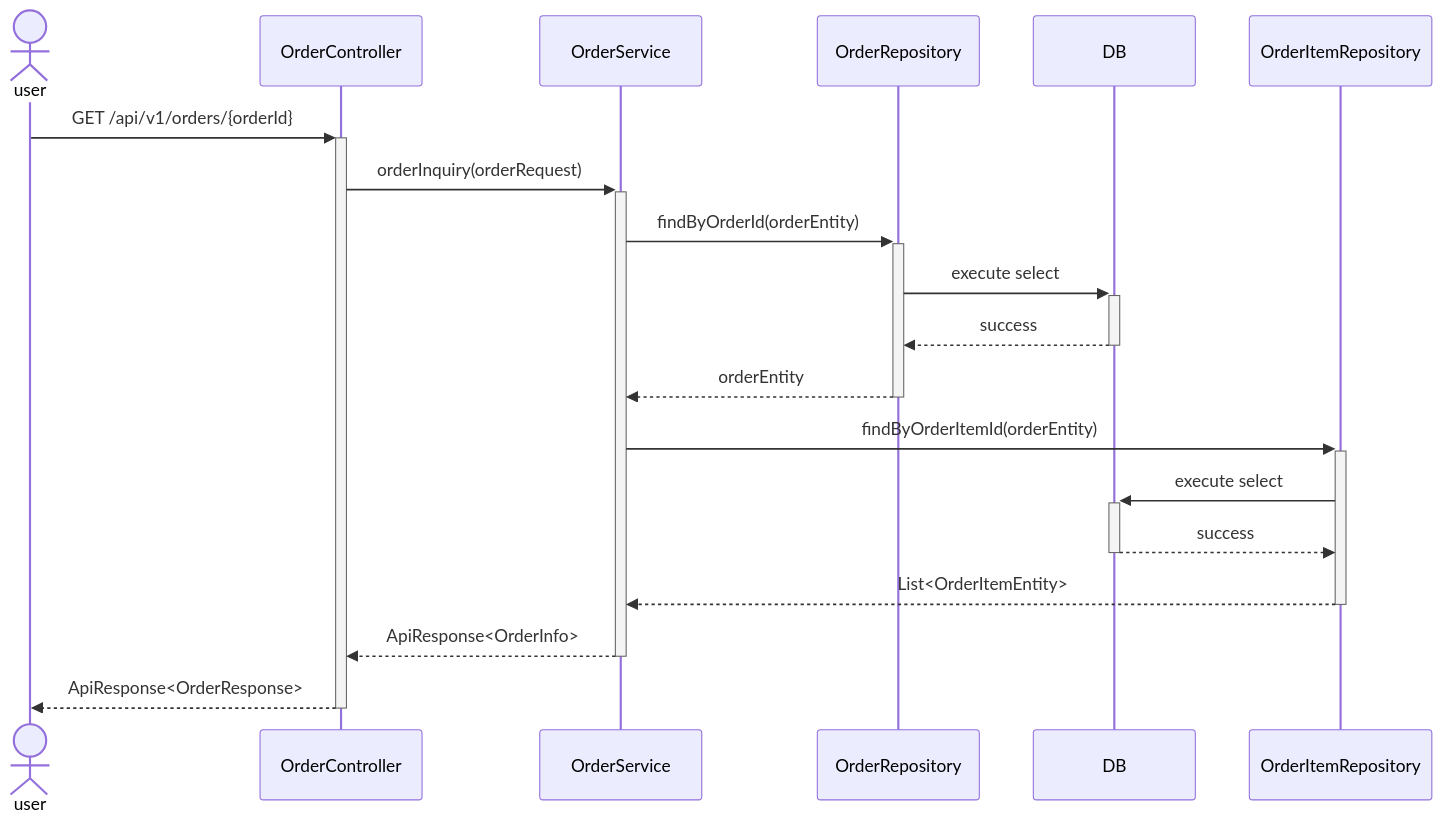
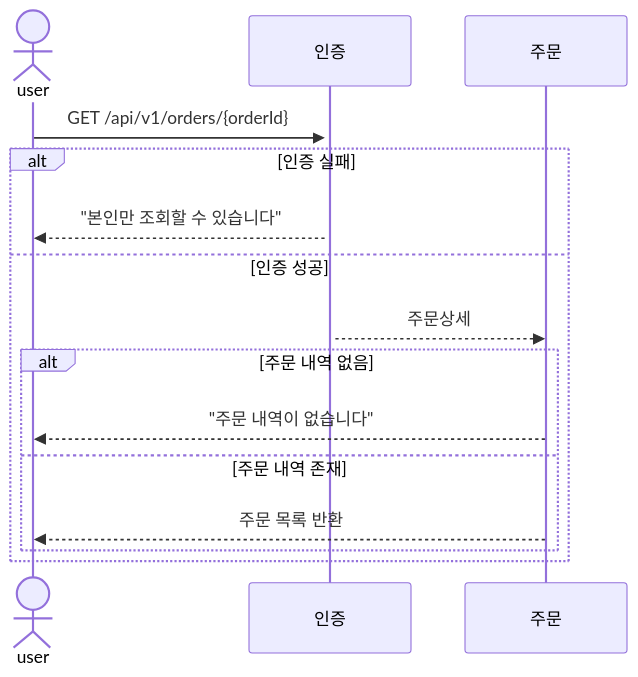
Before and after one commit to lutae2000/java-spring-ecommerce-api: the eighth of 10 diagrams in docs/design/02-sequence-diagrams.md, drawn with Mermaid. The commit also changed other lines of this file and 5 other files, not shown here.

````diff
--- a/docs/design/02-sequence-diagrams.md
+++ b/docs/design/02-sequence-diagrams.md
@@ -209,19 +267,17 @@
 ```mermaid
 sequenceDiagram
-  actor user
-  user->>+OrderController : GET /api/v1/orders/{orderId}
-  OrderController->>+OrderService : orderInquiry(orderRequest)
-
-  OrderService->>+OrderRepository : findByOrderId(orderEntity)
-  OrderRepository->>+DB : execute select
-  DB-->>-OrderRepository : success
-  OrderRepository-->>-OrderService : orderEntity
-
-  OrderService->>+OrderItemRepository : findByOrderItemId(orderEntity)
-  OrderItemRepository->>+DB : execute select
-  DB-->>-OrderItemRepository : success
-  OrderItemRepository-->>-OrderService : List<OrderItemEntity>
-
-  OrderService-->>-OrderController : ApiResponse<OrderInfo>
-  OrderController-->>-user : ApiResponse<OrderResponse>
+    actor user
+    participant AuthService as 인증
+    participant OrderService as 주문
+  user->>+AuthService : GET /api/v1/orders/{orderId}
+    alt 인증 실패
+        AuthService-->>user: "본인만 조회할 수 있습니다"
+    else 인증 성공
+        AuthService-->>OrderService: 주문상세
+        alt 주문 내역 없음
+            OrderService-->>user: "주문 내역이 없습니다"
+        else 주문 내역 존재
+            OrderService-->>user: 주문 목록 반환
+        end
+    end
 ```
````
